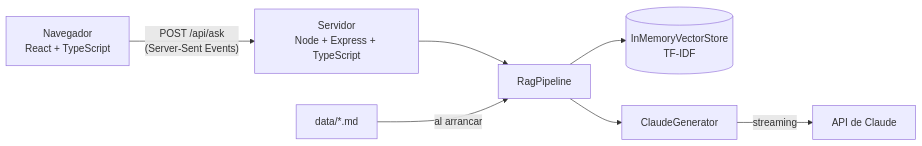
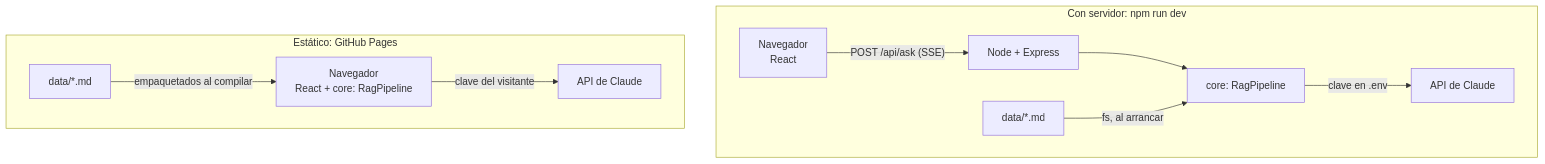
The diagram in docs/04-arquitectura-del-ejemplo.md (reeb-dev/rag-ejemplo), drawn with Mermaid before and after one commit. The commit also changed other lines of this file and 32 other files, not shown here.

First line of the commit message:
Publicar la demo en GitHub Pages con el RAG ejecutándose en el navegador

````diff
--- a/docs/04-arquitectura-del-ejemplo.md
+++ b/docs/04-arquitectura-del-ejemplo.md
@@ -5,9 +7,13 @@
 ```mermaid
-flowchart LR
-  U[Navegador<br/>React + TypeScript] -- "POST /api/ask<br/>(Server-Sent Events)" --> S[Servidor<br/>Node + Express + TypeScript]
-  S --> P[RagPipeline]
-  P --> VS[(InMemoryVectorStore<br/>TF-IDF)]
-  P --> G[ClaudeGenerator]
-  G -- streaming --> A[API de Claude]
-  DATA[data/*.md] -- al arrancar --> P
+flowchart TB
+  subgraph Local["Con servidor: npm run dev"]
+    U1[Navegador<br/>React] -- "POST /api/ask (SSE)" --> S[Node + Express]
+    S --> C1[core: RagPipeline]
+    C1 -- "clave en .env" --> A1[API de Claude]
+    D1[data/*.md] -- "fs, al arrancar" --> C1
+  end
+  subgraph Pages["Estático: GitHub Pages"]
+    U2[Navegador<br/>React + core: RagPipeline] -- "clave del visitante" --> A2[API de Claude]
+    D2[data/*.md] -- "empaquetados al compilar" --> U2
+  end
 ```
````
